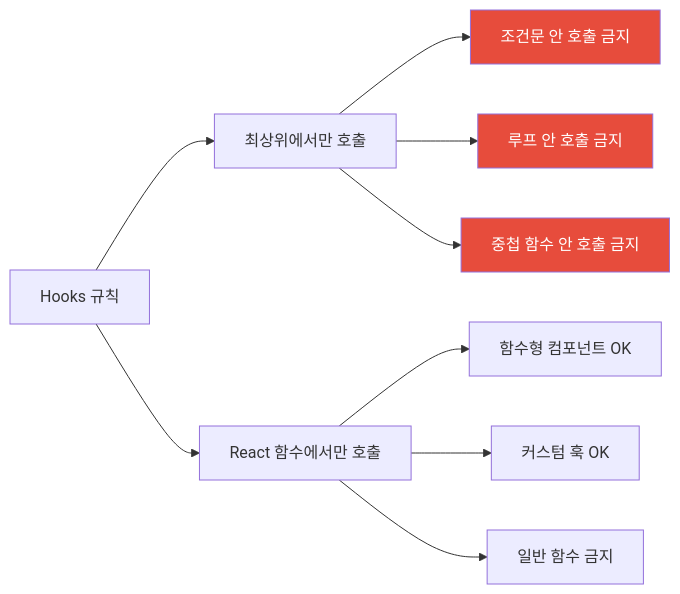
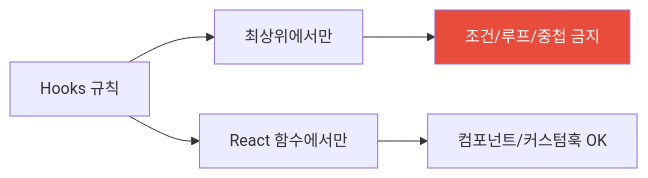
The fifth of 6 diagrams in _posts/frontend/2026-05-02-react-hooks.md (yjkim2015/yjkim2015.github.io), drawn with Mermaid before and after one commit. The commit also changed 163 other files, not shown here.

First line of the commit message:
Mermaid 300개 블록 내용 축소: 5노드 5엣지 이하, 의미 있는 약어

````diff
--- a/_posts/frontend/2026-05-02-react-hooks.md
+++ b/_posts/frontend/2026-05-02-react-hooks.md
@@ -603,14 +603,8 @@
 ```mermaid
 graph LR
-    A["Hooks 규칙"] --> B["최상위에서만 호출"]
-    A --> C["React 함수에서만 호출"]
-    B --> B1["조건문 안 호출 금지"]
-    B --> B2["루프 안 호출 금지"]
-    B --> B3["중첩 함수 안 호출 금지"]
-    C --> C1["함수형 컴포넌트 OK"]
-    C --> C2["커스텀 훅 OK"]
-    C --> C3["일반 함수 금지"]
-    style B1 fill:#e74c3c,color:#fff
-    style B2 fill:#e74c3c,color:#fff
-    style B3 fill:#e74c3c,color:#fff
+    A["Hooks 규칙"] --> B["최상위에서만"]
+    A --> C["React 함수에서만"]
+    B --> D["조건/루프/중첩 금지"]
+    C --> E["컴포넌트/커스텀훅 OK"]
+    style D fill:#e74c3c,color:#fff
 ```
````
